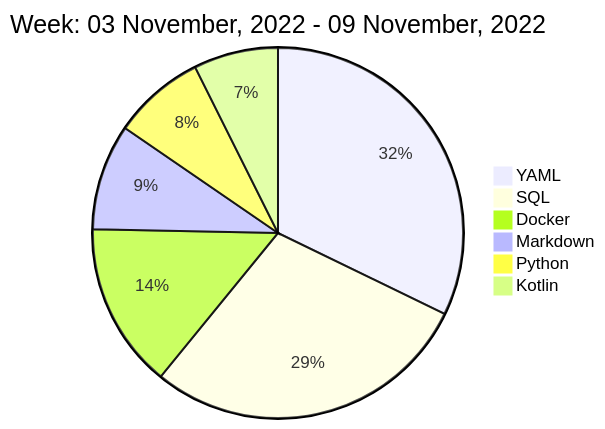
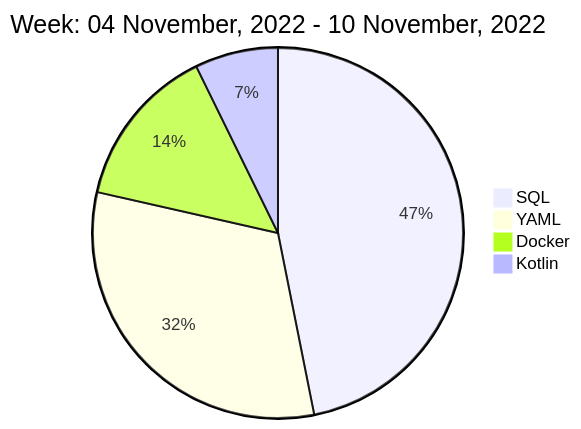
Before and after one commit to liubin95/liubin95: the diagram in README.md, drawn with Mermaid.

Commit message:
Updated the Graph with new Metrics

````diff
--- a/README.md
+++ b/README.md
@@ -40,10 +40,8 @@
 ```mermaid
  pie
-title Week: 03 November, 2022 - 09 November, 2022
+title Week: 04 November, 2022 - 10 November, 2022
+ "SQL" : 7.1
  "YAML" : 4.8
- "SQL" : 4.28
  "Docker" : 2.15
- "Markdown" : 1.38
- "Python" : 1.2
  "Kotlin" : 1.1
 ```
````
